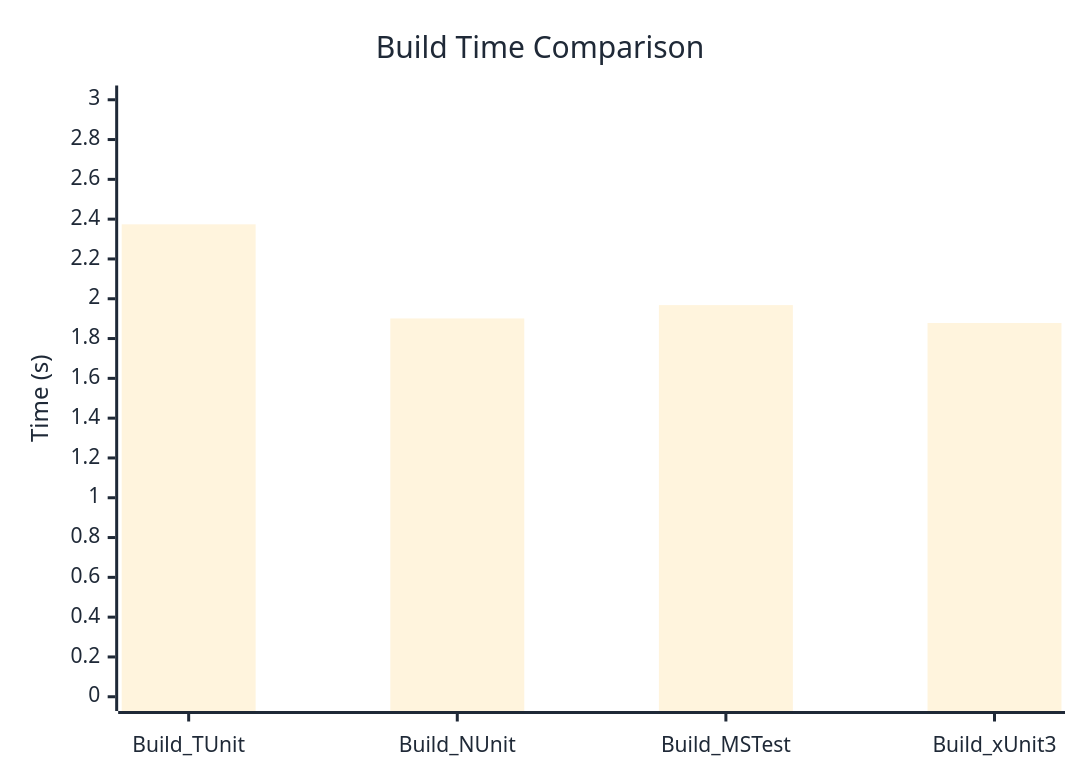
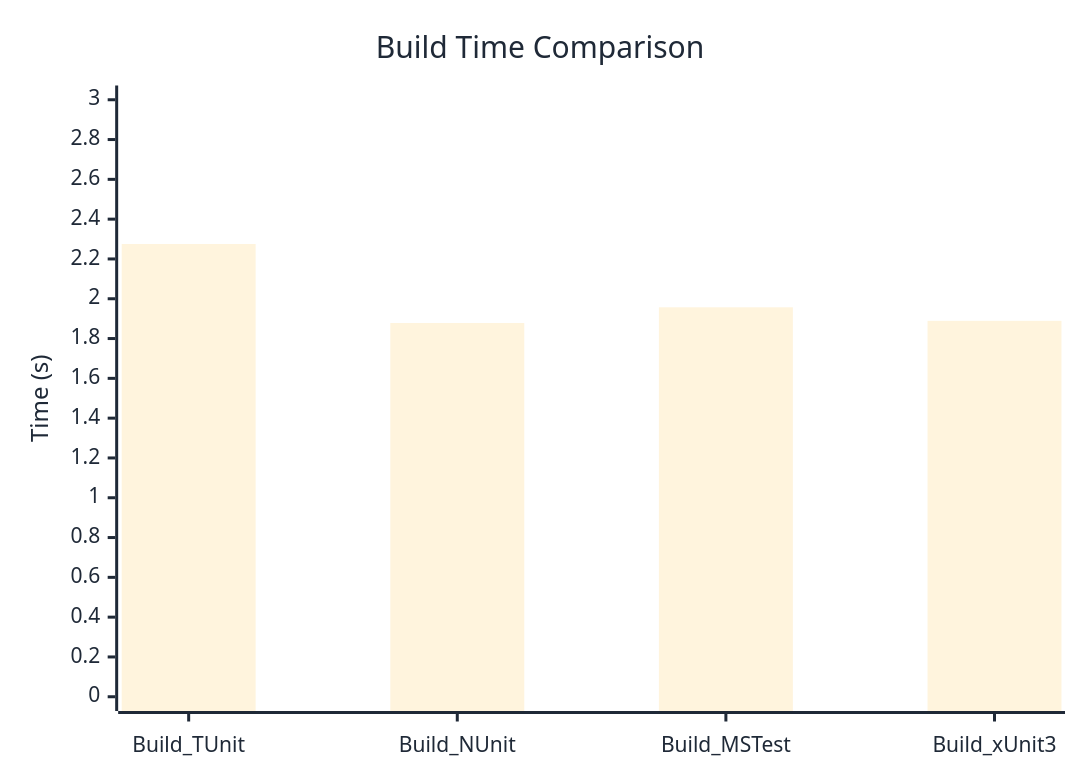
The diagram in docs/docs/benchmarks/BuildTime.md (weiyilai/TUnit), drawn with Mermaid before and after one commit. The commit also changed other lines of this file and 16 other files, not shown here.

````diff
--- a/docs/docs/benchmarks/BuildTime.md
+++ b/docs/docs/benchmarks/BuildTime.md
@@ -28,37 +28,37 @@
 ```mermaid
 %%{init: {
   'theme':'base',
   'themeVariables': {
     'primaryColor': '#2563eb',
     'primaryTextColor': '#1f2937',
     'primaryBorderColor': '#1e40af',
     'lineColor': '#6b7280',
     'secondaryColor': '#7c3aed',
     'tertiaryColor': '#dc2626',
     'background': '#ffffff',
     'mainBkg': '#2563eb',
     'secondBkg': '#7c3aed',
     'tertiaryBkg': '#dc2626',
     'clusterBkg': '#f3f4f6',
     'edgeLabelBackground': '#ffffff',
     'tertiaryTextColor': '#1f2937',
     'pie1': '#2563eb',
     'pie2': '#7c3aed',
     'pie3': '#dc2626',
     'pie4': '#f59e0b',
     'pie5': '#10b981',
     'pie6': '#06b6d4',
     'pie7': '#ec4899',
     'pie8': '#6366f1',
     'pie9': '#84cc16',
     'pie10': '#f97316',
     'pie11': '#14b8a6',
     'pie12': '#a855f7'
   }
 }}%%
 xychart-beta
   title "Build Time Comparison"
   x-axis ["Build_TUnit", "Build_NUnit", "Build_MSTest", "Build_xUnit3"]
   y-axis "Time (s)" 0 --> 3
-  bar [2.374, 1.901, 1.968, 1.878]
+  bar [2.275, 1.878, 1.957, 1.889]
 ```
````
